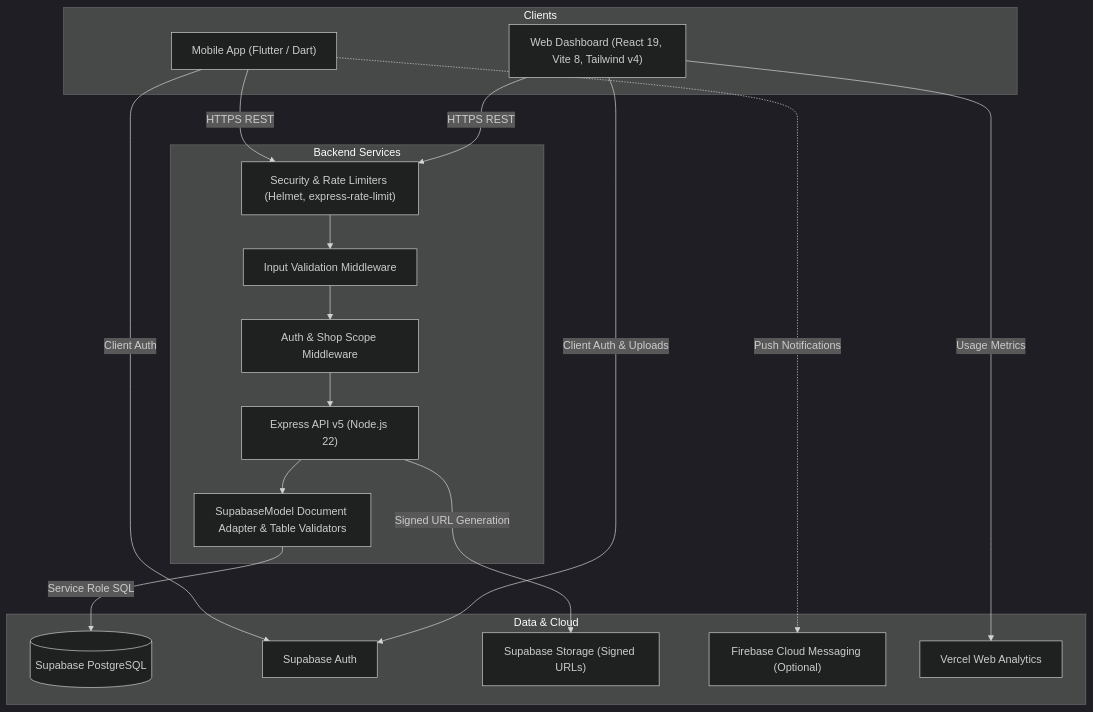
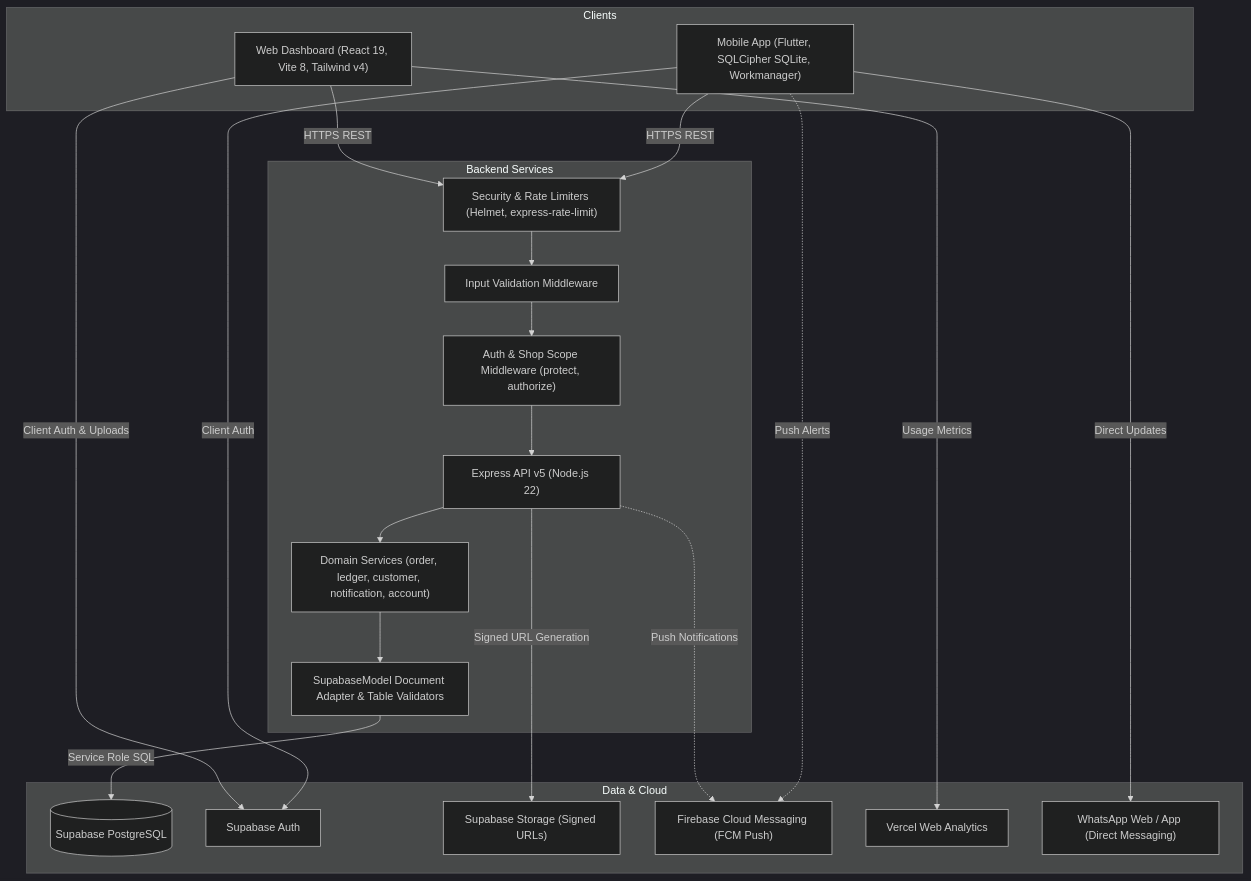
Before and after one commit to manthan2876/StitchCraft: the first of 2 diagrams in docs/ARCHITECTURE.md, drawn with Mermaid (dark theme). The commit also changed other lines of this file and 6 other files, not shown here.

Commit message:
docs:  update documents according to current architecture.

````diff
--- a/docs/ARCHITECTURE.md
+++ b/docs/ARCHITECTURE.md
@@ -11,37 +11,42 @@
 ```mermaid
 graph TD
     subgraph Clients
         Web["Web Dashboard (React 19, Vite 8, Tailwind v4)"]
-        Mobile["Mobile App (Flutter / Dart)"]
+        Mobile["Mobile App (Flutter, SQLCipher SQLite, Workmanager)"]
     end
 
     subgraph Backend Services
         API["Express API v5 (Node.js 22)"]
         SecMiddleware["Security & Rate Limiters (Helmet, express-rate-limit)"]
         ValMiddleware["Input Validation Middleware"]
-        AuthMiddleware["Auth & Shop Scope Middleware"]
+        AuthMiddleware["Auth & Shop Scope Middleware (protect, authorize)"]
         ModelAdapter["SupabaseModel Document Adapter & Table Validators"]
+        Services["Domain Services (order, ledger, customer, notification, account)"]
     end
 
     subgraph Data & Cloud
         SupaDB[("Supabase PostgreSQL")]
         SupaAuth["Supabase Auth"]
         SupaStorage["Supabase Storage (Signed URLs)"]
-        FCM["Firebase Cloud Messaging (Optional)"]
+        FCM["Firebase Cloud Messaging (FCM Push)"]
         VercelAnalytics["Vercel Web Analytics"]
+        WhatsApp["WhatsApp Web / App (Direct Messaging)"]
     end
 
     Web -->|HTTPS REST| SecMiddleware
     Mobile -->|HTTPS REST| SecMiddleware
     Web -->|Client Auth & Uploads| SupaAuth
     Mobile -->|Client Auth| SupaAuth
     Web -->|Usage Metrics| VercelAnalytics
-    Mobile -.->|Push Notifications| FCM
+    API -.->|Push Notifications| FCM
+    Mobile -.->|Push Alerts| FCM
+    Mobile -->|Direct Updates| WhatsApp
 
     SecMiddleware --> ValMiddleware
     ValMiddleware --> AuthMiddleware
     AuthMiddleware --> API
-    API --> ModelAdapter
+    API --> Services
+    Services --> ModelAdapter
     ModelAdapter -->|Service Role SQL| SupaDB
     API -->|Signed URL Generation| SupaStorage
 ```
````
